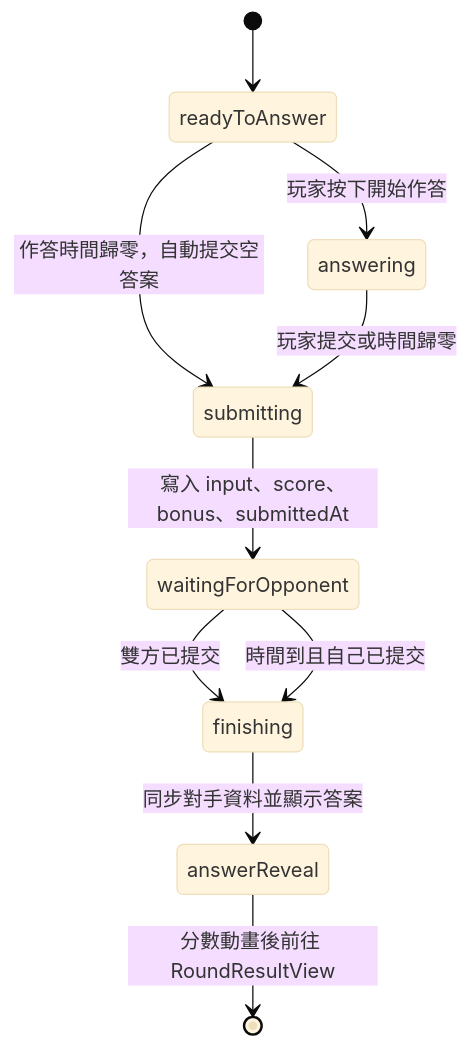
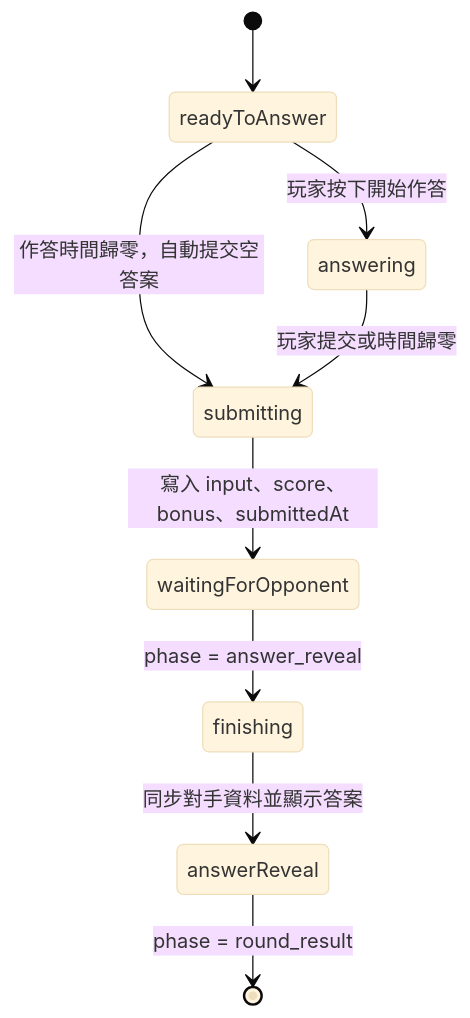
One commit to HsiaoChuanWang/lightning changed the seventh of 10 diagrams in GAME_FLOW.md. Above: the diagram before and after it, drawn with Mermaid (base theme). The commit also changed other lines of this file and 22 other files, not shown here.

Commit message:
feat: synchronize backend game flow and refine round and rematch transitions

````diff
--- a/GAME_FLOW.md
+++ b/GAME_FLOW.md
@@ -181,12 +200,11 @@
 ```mermaid
 stateDiagram-v2
     [*] --> readyToAnswer
     readyToAnswer --> answering: 玩家按下開始作答
     readyToAnswer --> submitting: 作答時間歸零，自動提交空答案
     answering --> submitting: 玩家提交或時間歸零
     submitting --> waitingForOpponent: 寫入 input、score、bonus、submittedAt
-    waitingForOpponent --> finishing: 雙方已提交
-    waitingForOpponent --> finishing: 時間到且自己已提交
+    waitingForOpponent --> finishing: phase = answer_reveal
     finishing --> answerReveal: 同步對手資料並顯示答案
-    answerReveal --> [*]: 分數動畫後前往 RoundResultView
+    answerReveal --> [*]: phase = round_result
 ```
````
